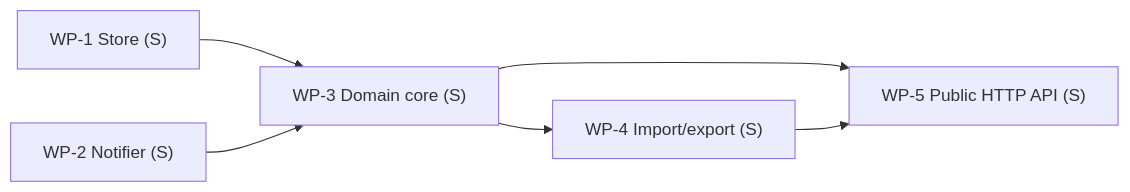
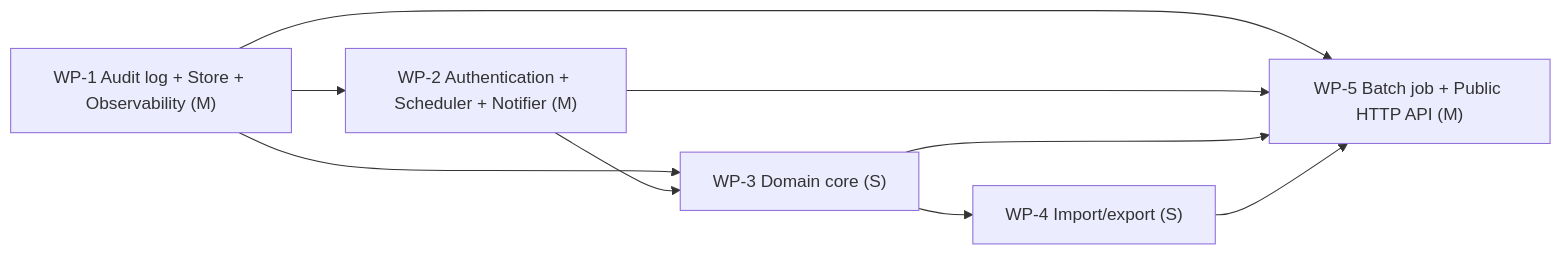
Before and after one commit to yui9696/sekkei: the third of 3 diagrams in examples/minimal/DESIGN.md, drawn with Mermaid. The commit also changed other lines of this file and 27 other files, not shown here.

````diff
--- a/examples/minimal/DESIGN.md
+++ b/examples/minimal/DESIGN.md
@@ -233,13 +676,16 @@
 ```mermaid
 graph LR
-  WP_1["WP-1 Store (S)"]
-  WP_2["WP-2 Notifier (S)"]
+  WP_1["WP-1 Audit log + Store + Observability (M)"]
+  WP_2["WP-2 Authentication + Scheduler + Notifier (M)"]
   WP_3["WP-3 Domain core (S)"]
   WP_4["WP-4 Import/export (S)"]
-  WP_5["WP-5 Public HTTP API (S)"]
+  WP_5["WP-5 Batch job + Public HTTP API (M)"]
+  WP_1 --> WP_2
   WP_1 --> WP_3
   WP_2 --> WP_3
   WP_3 --> WP_4
+  WP_1 --> WP_5
+  WP_2 --> WP_5
   WP_3 --> WP_5
   WP_4 --> WP_5
 ```
````
